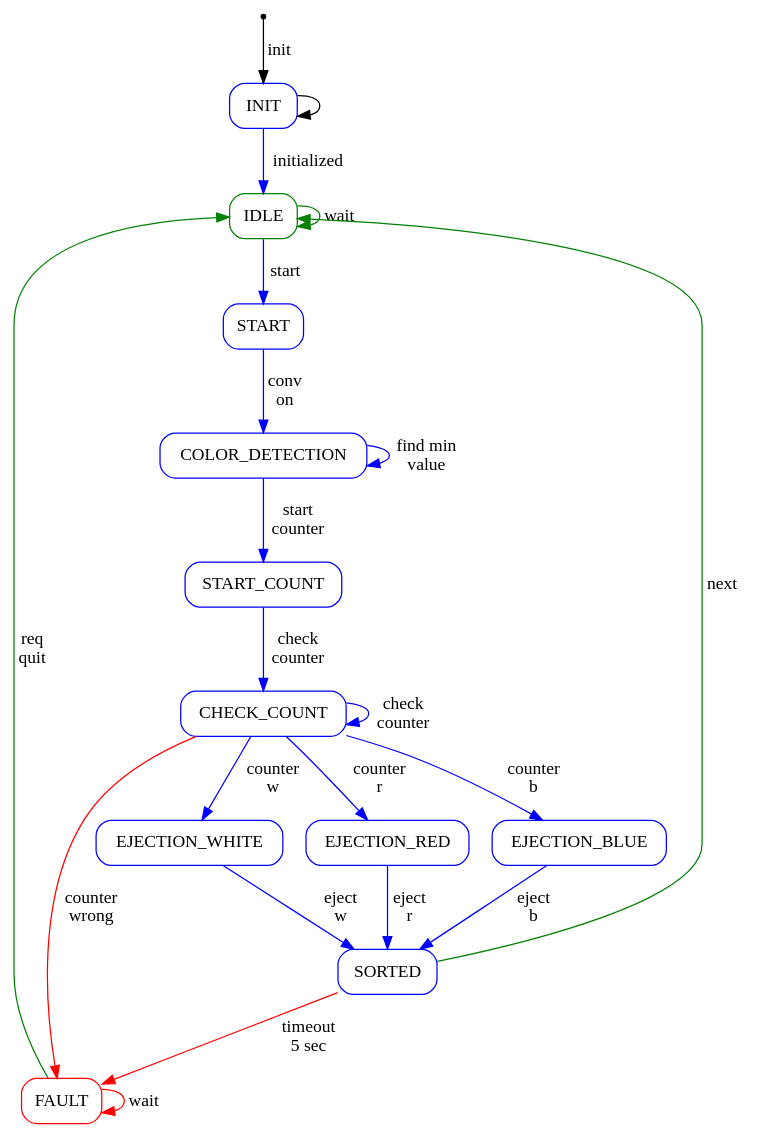
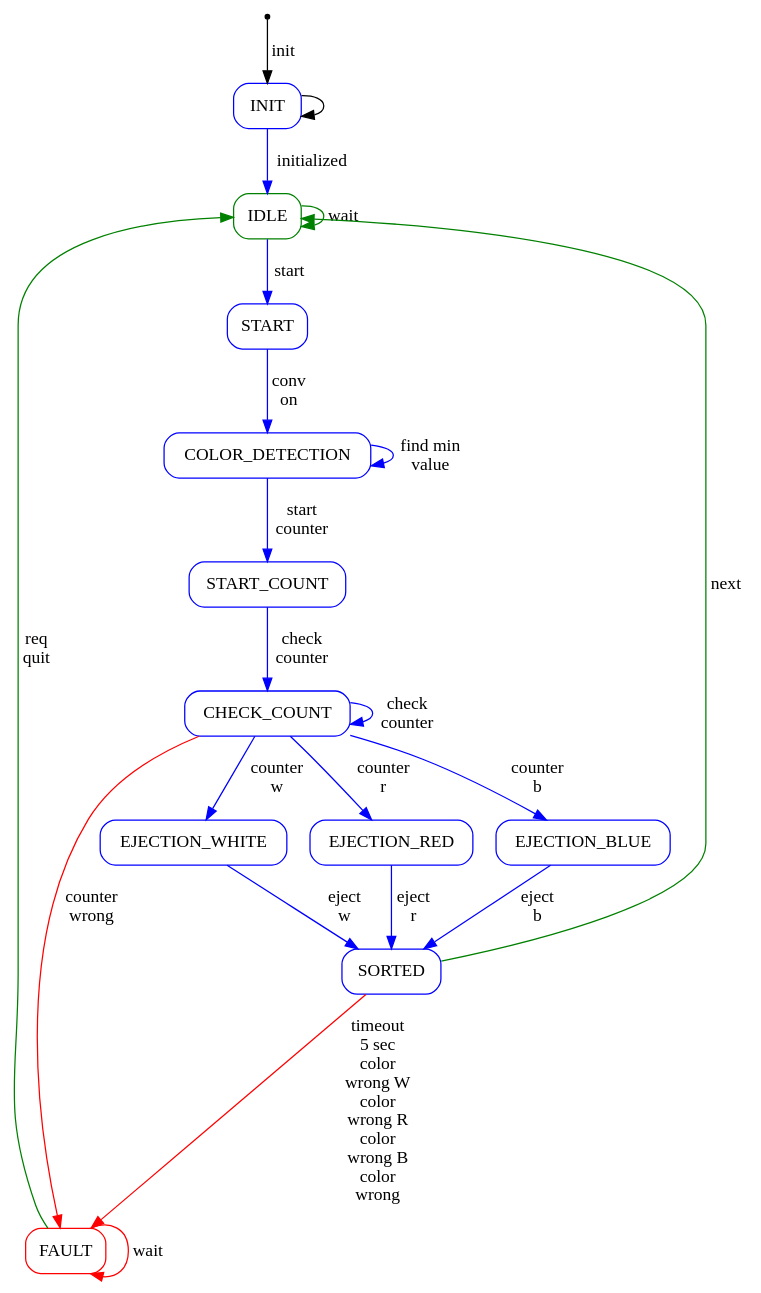
Before and after one commit to fischertechnik/txt_training_factory: the diagram in TxtSmartFactoryLib/doc/DocFsm/TxtSortingLineRun.gv, drawn with Graphviz. The commit also changed 38 other files, not shown here.

```diff
--- a/TxtSmartFactoryLib/doc/DocFsm/TxtSortingLineRun.gv
+++ b/TxtSmartFactoryLib/doc/DocFsm/TxtSortingLineRun.gv
@@ -1,36 +1,36 @@
 digraph "generated by DocFsm" {
 	node [shape = Mrecord];
 	IDLE_0 [color = green, label = "IDLE"];
 	FAULT_0 [color = red, label = "FAULT"];
 	INIT_0 [color = blue, label = "INIT"];
 	START_0 [color = blue, label = "START"];
 	COLOR_DETECTION_0 [color = blue, label = "COLOR_DETECTION"];
 	START_COUNT_0 [color = blue, label = "START_COUNT"];
 	CHECK_COUNT_0 [color = blue, label = "CHECK_COUNT"];
 	EJECTION_WHITE_0 [color = blue, label = "EJECTION_WHITE"];
 	EJECTION_RED_0 [color = blue, label = "EJECTION_RED"];
 	EJECTION_BLUE_0 [color = blue, label = "EJECTION_BLUE"];
 	SORTED_0 [color = blue, label = "SORTED"];
 	entry0_0 [shape = point, label = "entry0"];
 	IDLE_0 -> START_0 [color = blue, label = "start"];
 	IDLE_0 -> IDLE_0 [color = green, label = "wait"];
 	FAULT_0 -> IDLE_0 [color = green, label = "req\nquit"];
 	FAULT_0 -> FAULT_0 [color = red, label = "wait"];
 	INIT_0 -> INIT_0;
 	INIT_0 -> IDLE_0 [color = blue, label = "initialized"];
 	START_0 -> COLOR_DETECTION_0 [color = blue, label = "conv\non"];
 	COLOR_DETECTION_0 -> START_COUNT_0 [color = blue, label = "start\ncounter"];
 	COLOR_DETECTION_0 -> COLOR_DETECTION_0 [color = blue, label = "find min\nvalue"];
 	START_COUNT_0 -> CHECK_COUNT_0 [color = blue, label = "check\ncounter"];
 	CHECK_COUNT_0 -> EJECTION_WHITE_0 [color = blue, label = "counter\nw"];
 	CHECK_COUNT_0 -> EJECTION_RED_0 [color = blue, label = "counter\nr"];
 	CHECK_COUNT_0 -> EJECTION_BLUE_0 [color = blue, label = "counter\nb"];
 	CHECK_COUNT_0 -> FAULT_0 [color = red, label = "counter\nwrong"];
 	CHECK_COUNT_0 -> CHECK_COUNT_0 [color = blue, label = "check\ncounter"];
 	EJECTION_WHITE_0 -> SORTED_0 [color = blue, label = "eject\nw"];
 	EJECTION_RED_0 -> SORTED_0 [color = blue, label = "eject\nr"];
 	EJECTION_BLUE_0 -> SORTED_0 [color = blue, label = "eject\nb"];
-	SORTED_0 -> FAULT_0 [color = red, label = "timeout\n5 sec"];
+	SORTED_0 -> FAULT_0 [color = red, label = "timeout\n5 sec\ncolor\nwrong W\ncolor\nwrong R\ncolor\nwrong B\ncolor\nwrong"];
 	SORTED_0 -> IDLE_0 [color = green, label = "next"];
 	entry0_0 -> INIT_0 [color = black, label = "init"];
 }
```
